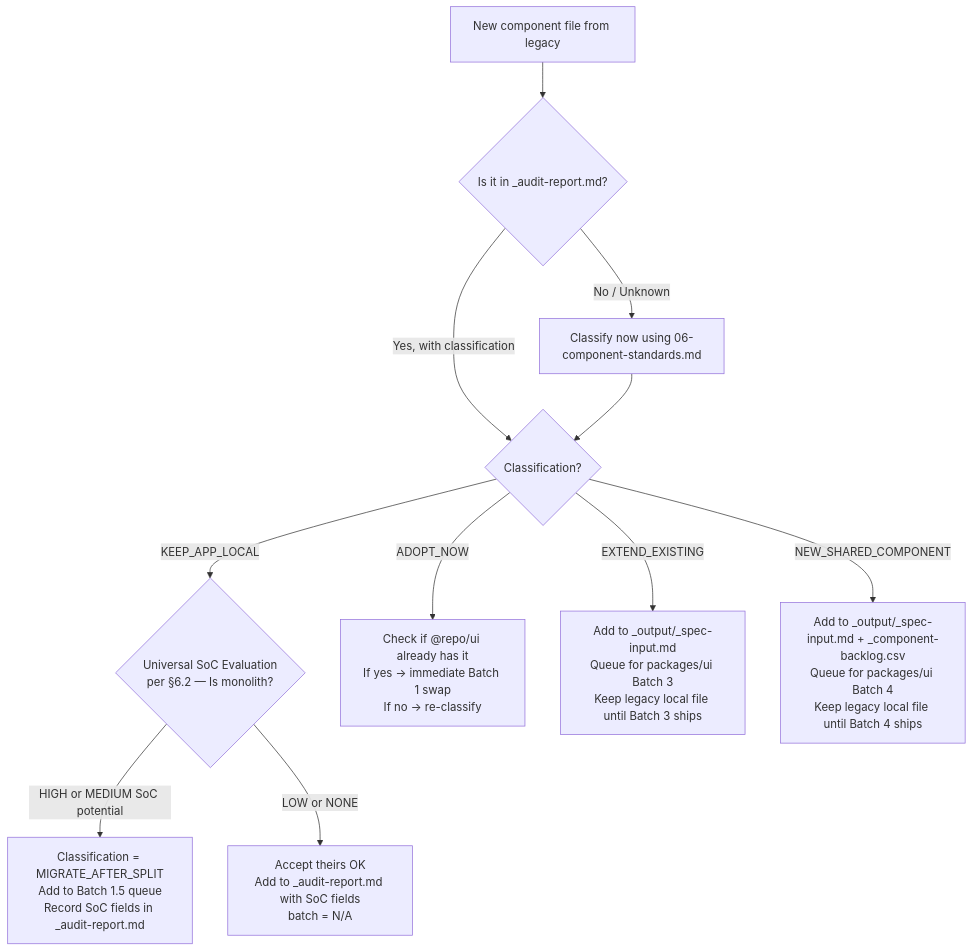
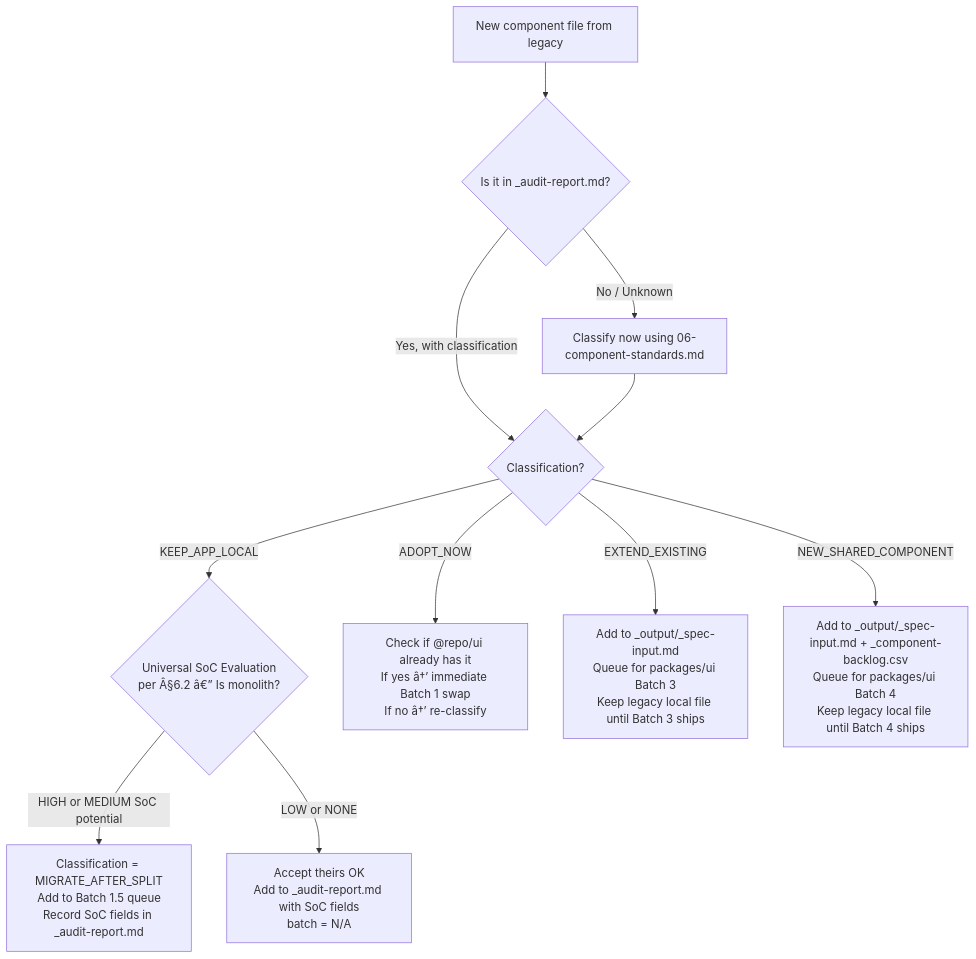
Before and after one commit to mahardikakdenie/.agent-skills: the diagram in apps/admin-portal/docs/migration/component/legacy-update-integration-guide.md, drawn with Mermaid. The commit also changed other lines of this file and 14 other files, not shown here.

````diff
--- a/apps/admin-portal/docs/migration/component/legacy-update-integration-guide.md
+++ b/apps/admin-portal/docs/migration/component/legacy-update-integration-guide.md
@@ -120,13 +120,13 @@
 ```mermaid
 flowchart TD
     A[New component file from legacy] --> B{Is it in _audit-report.md?}
     B -->|Yes, with classification| C{Classification?}
     B -->|No / Unknown| D[Classify now using 06-component-standards.md]
     D --> C
-    C -->|KEEP_APP_LOCAL| SOC{Universal SoC Evaluation<br/>per §6.2 — Is monolith?}
+    C -->|KEEP_APP_LOCAL| SOC{Universal SoC Evaluation<br/>per Â§6.2 â€” Is monolith?}
     SOC -->|HIGH or MEDIUM SoC potential| MAF[Classification = MIGRATE_AFTER_SPLIT<br/>Add to Batch 1.5 queue<br/>Record SoC fields in _audit-report.md]
     SOC -->|LOW or NONE| E[Accept theirs OK<br/>Add to _audit-report.md with SoC fields<br/>batch = N/A]
-    C -->|ADOPT_NOW| F[Check if @repo/ui already has it<br/>If yes → immediate Batch 1 swap<br/>If no → re-classify]
+    C -->|ADOPT_NOW| F[Check if @repo/ui already has it<br/>If yes â†’ immediate Batch 1 swap<br/>If no â†’ re-classify]
     C -->|EXTEND_EXISTING| G[Add to _output/_spec-input.md<br/>Queue for packages/ui Batch 3<br/>Keep legacy local file until Batch 3 ships]
     C -->|NEW_SHARED_COMPONENT| H[Add to _output/_spec-input.md + _component-backlog.csv<br/>Queue for packages/ui Batch 4<br/>Keep legacy local file until Batch 4 ships]
 ```
````
